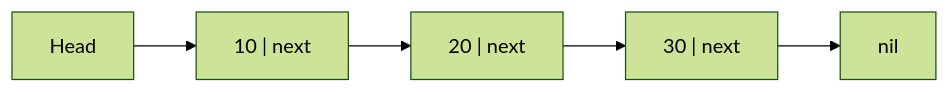
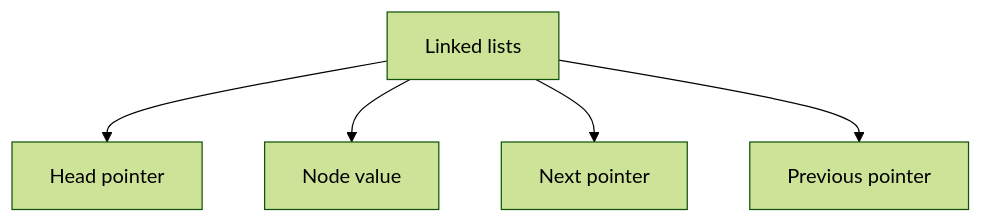
One commit to 9999dude/omega changed the first of 16 diagrams in docs/datastructures/linked-list.md. Above: the diagram before and after it, drawn with Mermaid (forest theme). The commit also changed other lines of this file and 58 other files, not shown here.

````diff
--- a/docs/datastructures/linked-list.md
+++ b/docs/datastructures/linked-list.md
@@ -72,7 +27,8 @@
 ```mermaid
-flowchart LR
-    H["Head"] --> N1["10 | next"]
-    N1 --> N2["20 | next"]
-    N2 --> N3["30 | next"]
-    N3 --> NIL["nil"]
+flowchart TD
+    T["Linked lists"]
+    T --> R0["Head pointer"]
+    T --> R1["Node value"]
+    T --> R2["Next pointer"]
+    T --> R3["Previous pointer"]
 ```
````
